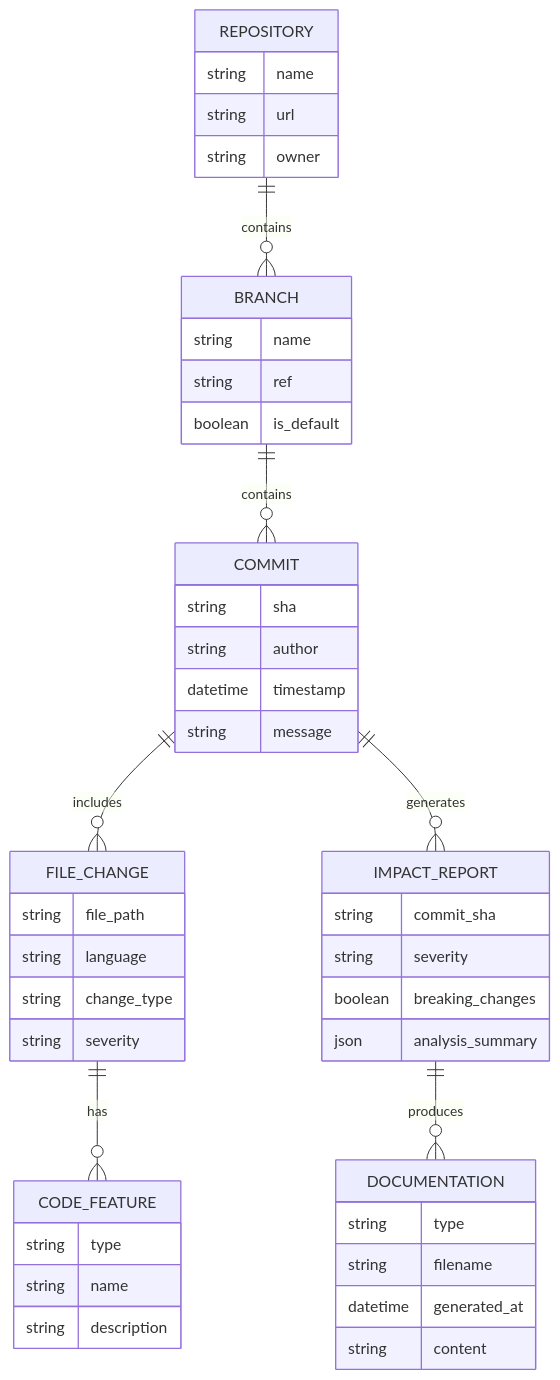
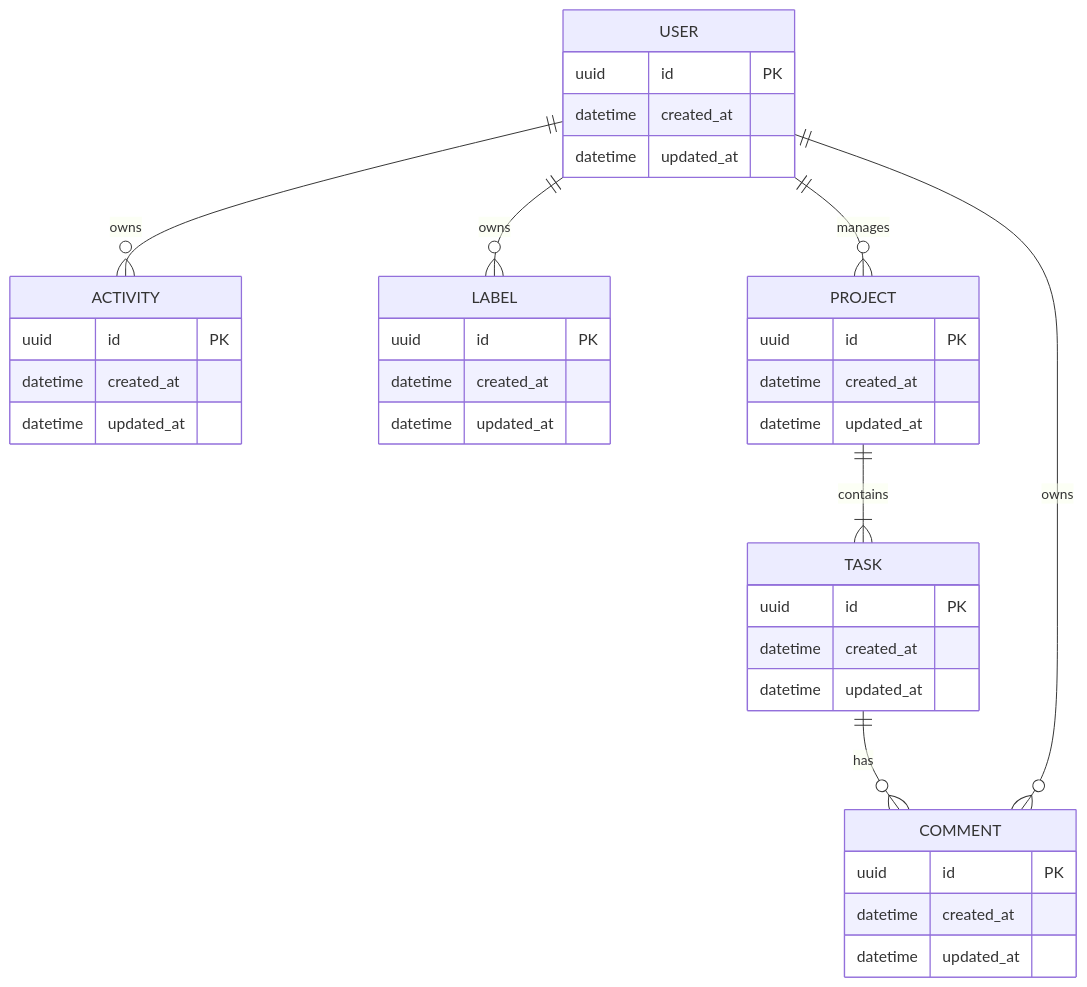
One commit to kireeti-ai/ci-living-documentation changed the diagram in sprint1/artifacts/docs/architecture/er.mmd. Above: the diagram before and after it, drawn with Mermaid. The commit also changed 19 other files, not shown here.

```diff
--- a/sprint1/artifacts/docs/architecture/er.mmd
+++ b/sprint1/artifacts/docs/architecture/er.mmd
@@ -1,54 +1,37 @@
 erDiagram
-    REPOSITORY ||--o{ BRANCH : contains
-    BRANCH ||--o{ COMMIT : contains
-    COMMIT ||--o{ FILE_CHANGE : includes
-    FILE_CHANGE ||--o{ CODE_FEATURE : has
-    
-    REPOSITORY {
-        string name
-        string url
-        string owner
+    ACTIVITY {
+        uuid id PK
+        datetime created_at
+        datetime updated_at
     }
-    
-    BRANCH {
-        string name
-        string ref
-        boolean is_default
+    COMMENT {
+        uuid id PK
+        datetime created_at
+        datetime updated_at
     }
-    
-    COMMIT {
-        string sha
-        string author
-        datetime timestamp
-        string message
+    LABEL {
+        uuid id PK
+        datetime created_at
+        datetime updated_at
     }
-    
-    FILE_CHANGE {
-        string file_path
-        string language
-        string change_type
-        string severity
+    PROJECT {
+        uuid id PK
+        datetime created_at
+        datetime updated_at
     }
-    
-    CODE_FEATURE {
-        string type
-        string name
-        string description
+    TASK {
+        uuid id PK
+        datetime created_at
+        datetime updated_at
     }
-    
-    COMMIT ||--o{ IMPACT_REPORT : generates
-    IMPACT_REPORT ||--o{ DOCUMENTATION : produces
-    
-    IMPACT_REPORT {
-        string commit_sha
-        string severity
-        boolean breaking_changes
-        json analysis_summary
+    USER {
+        uuid id PK
+        datetime created_at
+        datetime updated_at
     }
-    
-    DOCUMENTATION {
-        string type
-        string filename
-        datetime generated_at
-        string content
-    }
+    USER ||--o{ PROJECT : manages
+    PROJECT ||--|{ TASK : contains
+    TASK ||--o{ COMMENT : has
+    USER ||--o{ COMMENT : owns
+    USER ||--o{ ACTIVITY : owns
+    USER ||--o{ LABEL : owns
```
